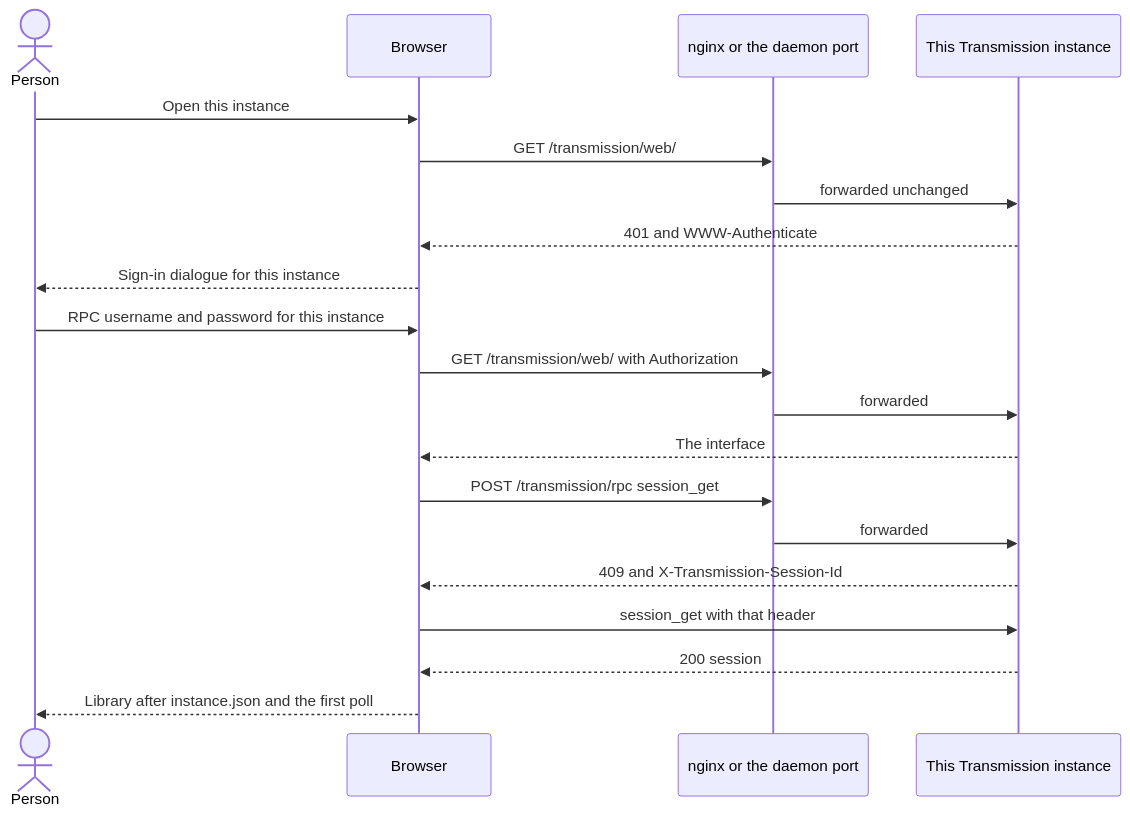
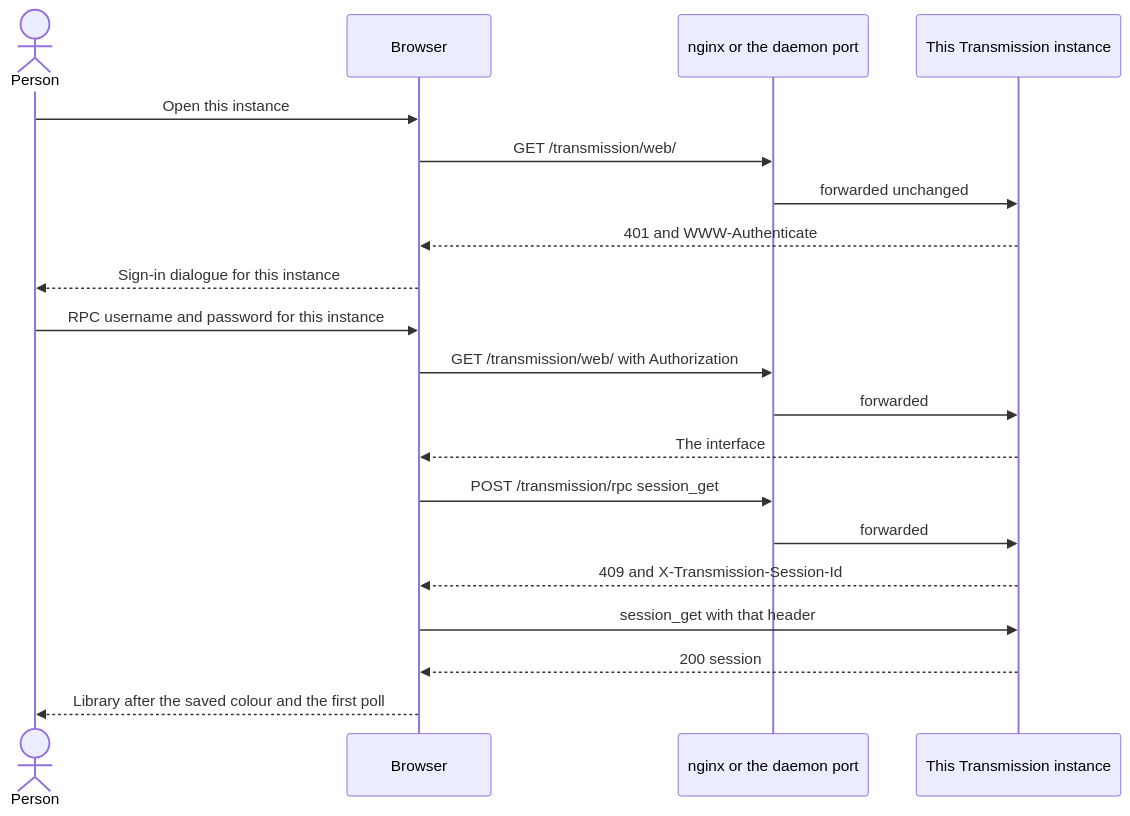
One commit to schleising/transmission-webui changed the third of 6 diagrams in Design/transmission-webui.md. Above: the diagram before and after it, drawn with Mermaid. The commit also changed other lines of this file, not shown here.

Commit message:
Refine Transmission WebUI design documentation by removing redundant details on instance.json handling and clarifying the update process for instance color and title. Streamline nginx configuration instructions for improved clarity on server block setup.

````diff
--- a/Design/transmission-webui.md
+++ b/Design/transmission-webui.md
@@ -204,23 +180,23 @@
 ```mermaid
 sequenceDiagram
   actor Person
   participant Browser
   participant Edge as nginx or the daemon port
   participant Daemon as This Transmission instance
 
   Person->>Browser: Open this instance
   Browser->>Edge: GET /transmission/web/
   Edge->>Daemon: forwarded unchanged
   Daemon-->>Browser: 401 and WWW-Authenticate
   Browser-->>Person: Sign-in dialogue for this instance
   Person->>Browser: RPC username and password for this instance
   Browser->>Edge: GET /transmission/web/ with Authorization
   Edge->>Daemon: forwarded
   Daemon-->>Browser: The interface
   Browser->>Edge: POST /transmission/rpc session_get
   Edge->>Daemon: forwarded
   Daemon-->>Browser: 409 and X-Transmission-Session-Id
   Browser->>Daemon: session_get with that header
   Daemon-->>Browser: 200 session
-  Browser-->>Person: Library after instance.json and the first poll
+  Browser-->>Person: Library after the saved colour and the first poll
 ```
````
